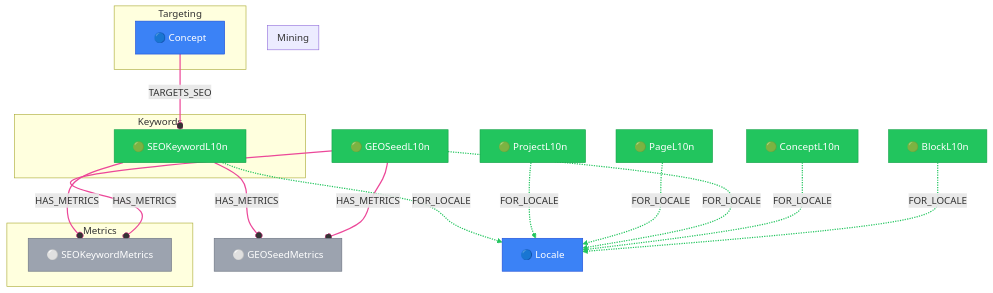
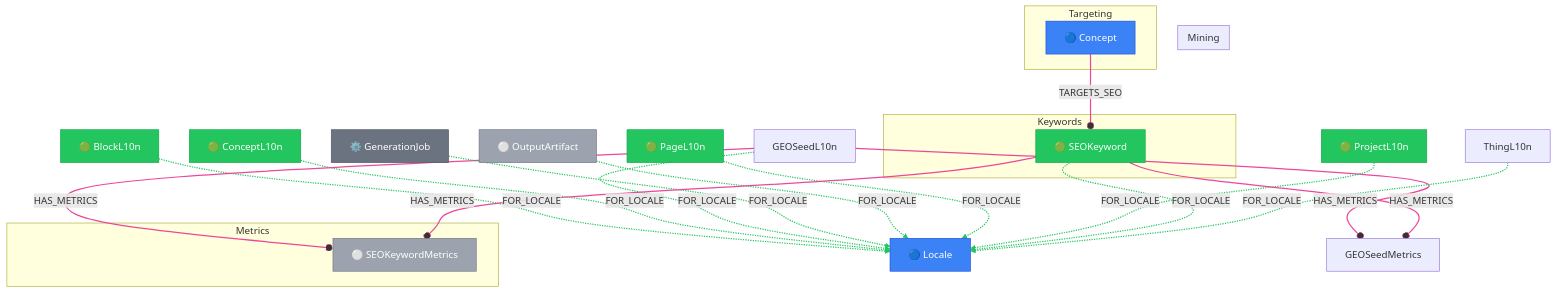
Before and after one commit to supernovae-st/novanet: the diagram in packages/core/models/docs/seo-pipeline.md, drawn with Mermaid. The commit also changed other lines of this file and 98 other files, not shown here.

First line of the commit message:
feat(schema): v10.1 GEO removal + locale knowledge atoms

````diff
--- a/packages/core/models/docs/seo-pipeline.md
+++ b/packages/core/models/docs/seo-pipeline.md
@@ -32,65 +32,68 @@
 ```mermaid
 flowchart TB
   %% View: SEO Pipeline (seo-pipeline)
-  %% 10 nodes, 11 edges
+  %% 10 nodes, 14 edges
 
-  %% Trait styling (locale_behavior)
+  %% Trait styling (node_trait)
   classDef invariant fill:#3b82f6,stroke:#1d4ed8,color:#fff
   classDef localized fill:#22c55e,stroke:#16a34a,color:#fff
   classDef knowledge fill:#8b5cf6,stroke:#7c3aed,color:#fff
   classDef derived fill:#9ca3af,stroke:#6b7280,color:#fff
   classDef job fill:#6b7280,stroke:#4b5563,color:#fff
 
   subgraph KEYWORDS["Keywords"]
-    SEOKeywordL10n["🟢 SEOKeywordL10n"]
+    SEOKeyword["🟢 SEOKeyword"]
   end
 
   subgraph METRICS["Metrics"]
     SEOKeywordMetrics["⚪ SEOKeywordMetrics"]
   end
 
   subgraph MINING["Mining"]
   end
 
   subgraph TARGETING["Targeting"]
     Concept["🔵 Concept"]
   end
 
   %% Additional reachable nodes
   BlockL10n["🟢 BlockL10n"]
   ConceptL10n["🟢 ConceptL10n"]
-  GEOSeedL10n["🟢 GEOSeedL10n"]
-  GEOSeedMetrics["⚪ GEOSeedMetrics"]
+  GenerationJob["⚙️ GenerationJob"]
   Locale["🔵 Locale"]
+  OutputArtifact["⚪ OutputArtifact"]
   PageL10n["🟢 PageL10n"]
   ProjectL10n["🟢 ProjectL10n"]
 
-  %% Relationships (styled by edge family)
+  %% Relationships (styled by arc family)
   BlockL10n -.->|FOR_LOCALE| Locale
-  Concept --o|TARGETS_SEO| SEOKeywordL10n
+  Concept --o|TARGETS_SEO| SEOKeyword
   ConceptL10n -.->|FOR_LOCALE| Locale
   GEOSeedL10n -.->|FOR_LOCALE| Locale
   GEOSeedL10n --o|HAS_METRICS| GEOSeedMetrics
   GEOSeedL10n --o|HAS_METRICS| SEOKeywordMetrics
+  GenerationJob -.->|FOR_LOCALE| Locale
+  OutputArtifact -.->|FOR_LOCALE| Locale
   PageL10n -.->|FOR_LOCALE| Locale
   ProjectL10n -.->|FOR_LOCALE| Locale
-  SEOKeywordL10n -.->|FOR_LOCALE| Locale
-  SEOKeywordL10n --o|HAS_METRICS| GEOSeedMetrics
-  SEOKeywordL10n --o|HAS_METRICS| SEOKeywordMetrics
+  SEOKeyword -.->|FOR_LOCALE| Locale
+  SEOKeyword --o|HAS_METRICS| GEOSeedMetrics
+  SEOKeyword --o|HAS_METRICS| SEOKeywordMetrics
+  ThingL10n -.->|FOR_LOCALE| Locale
 
   %% Edge colors by family
-  linkStyle 0,2,3,6,7,8 stroke:#22c55e,stroke-width:2px
-  linkStyle 1,4,5,9,10 stroke:#ec4899,stroke-width:2px
+  linkStyle 0,2,3,6,7,8,9,10,13 stroke:#22c55e,stroke-width:2px
+  linkStyle 1,4,5,11,12 stroke:#ec4899,stroke-width:2px
 
   %% Class assignments
   class BlockL10n localized
   class Concept invariant
   class ConceptL10n localized
-  class GEOSeedL10n localized
-  class GEOSeedMetrics derived
+  class GenerationJob job
   class Locale invariant
+  class OutputArtifact derived
   class PageL10n localized
   class ProjectL10n localized
-  class SEOKeywordL10n localized
+  class SEOKeyword localized
   class SEOKeywordMetrics derived
 ```
````
